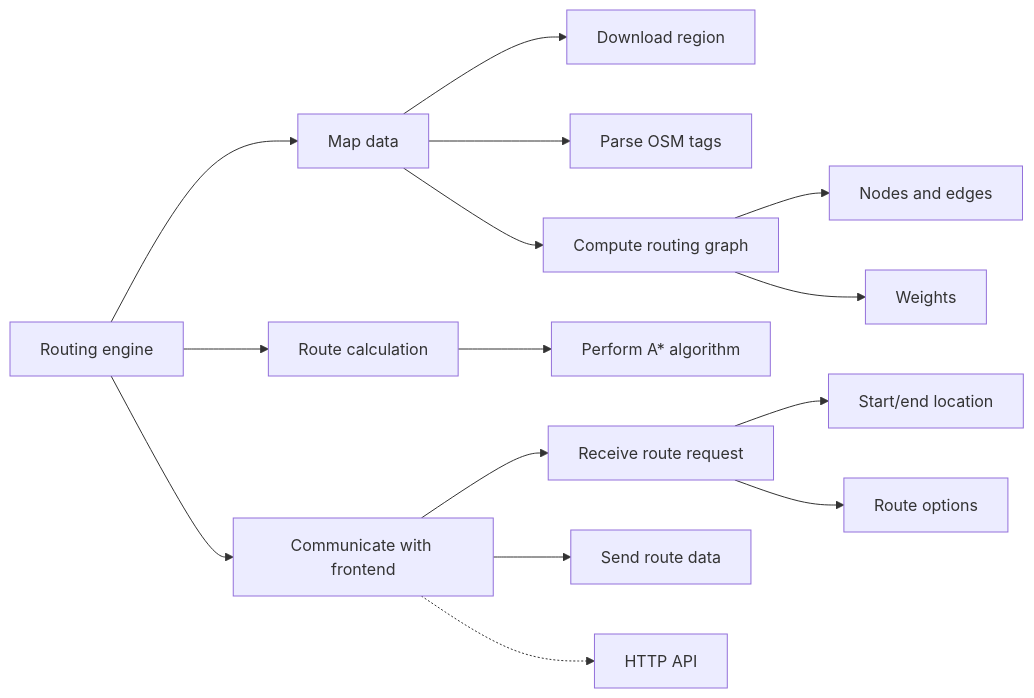
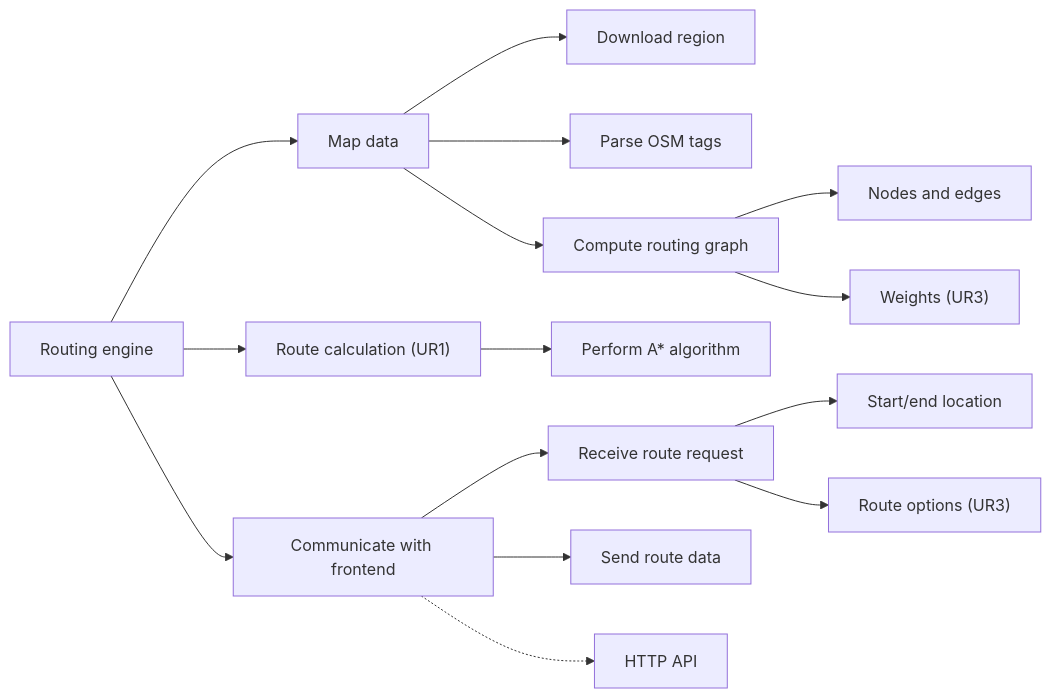
One commit to RandomSearch18/a-level-project changed the first of 2 diagrams in docs/readme.md. Above: the diagram before and after it, drawn with Mermaid. The commit also changed other lines of this file, not shown here.

Commit message:
Program structure diagrams: Link user requirements to boxes

````diff
--- a/docs/readme.md
+++ b/docs/readme.md
@@ -814,18 +814,18 @@
 ```mermaid
 graph LR
   A[Routing engine]
   A --> B[Map data]
     B --> BA[Download region]
     B --> BB[Parse OSM tags]
     B --> BC[Compute routing graph]
       BC --> BCA[Nodes and edges]
-      BC --> BCB[Weights]
-  A --> C[Route calculation]
+      BC --> BCB["Weights (UR3)"]
+  A --> C["Route calculation (UR1)"]
     C --> CA[Perform A* algorithm]
   A --> D[Communicate with frontend]
     D --> DA[Receive route request]
       DA --> DAA[Start/end location]
-      DA --> DAB[Route options]
+      DA --> DAB["Route options (UR3)"]
     D --> DB[Send route data]
     D -.-> DC[HTTP API]
 ```
````
